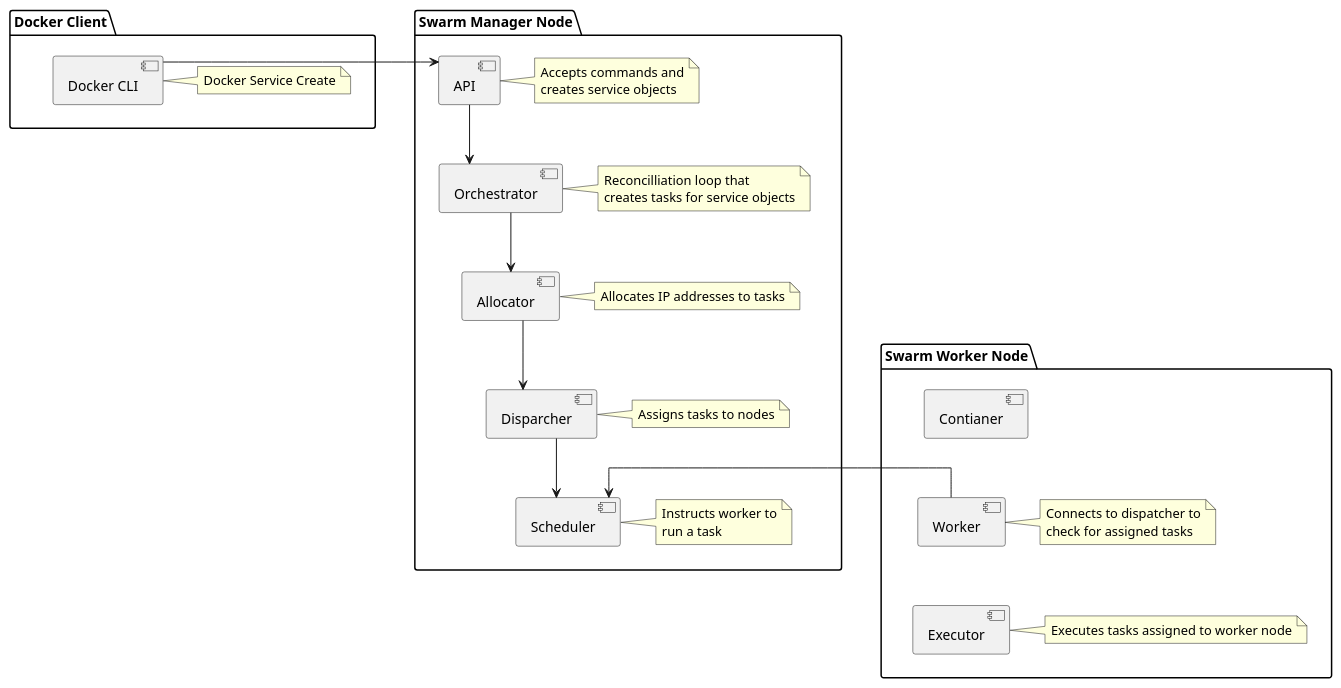
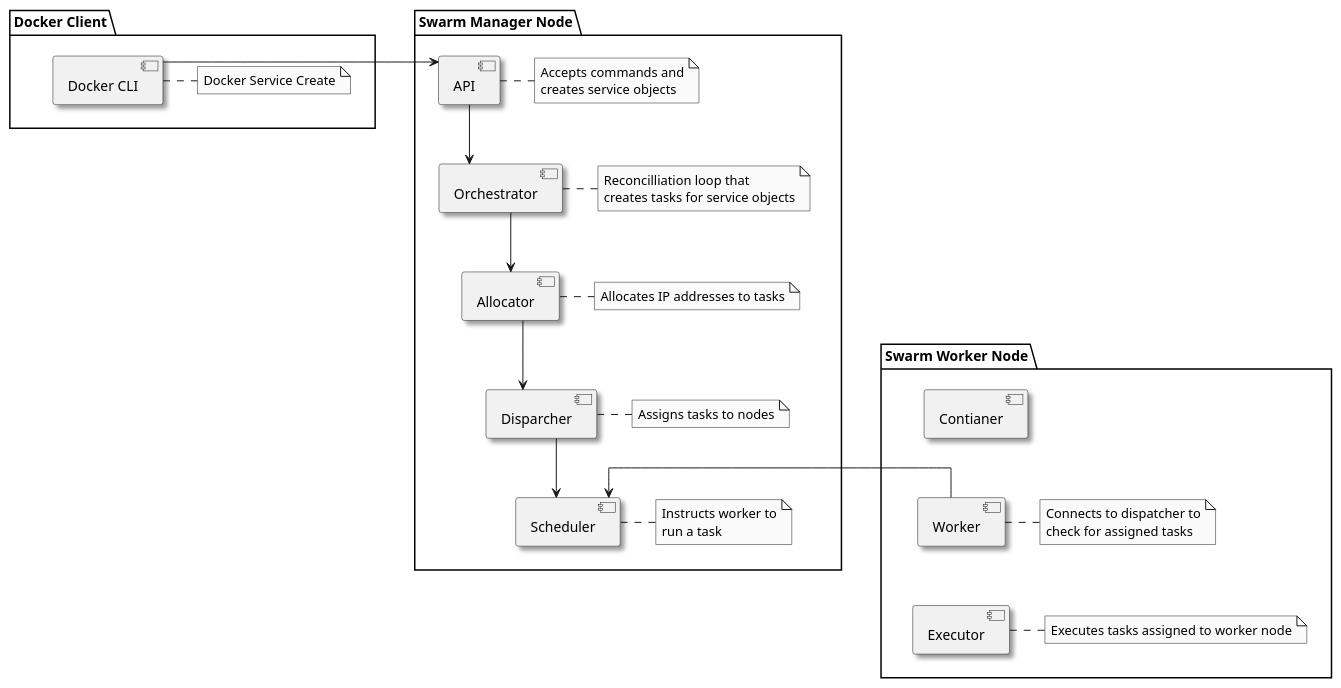
Before and after one commit to Piotr1215/cloudrumble: the diagram in diagrams/docker-swarm-architecture.puml, drawn with PlantUML. The commit also changed 6 other files, not shown here.

Commit message:
streamlined diagrams styles

```diff
--- a/diagrams/docker-swarm-architecture.puml
+++ b/diagrams/docker-swarm-architecture.puml
@@ -1,71 +1,76 @@
 @startuml Docker Swarm Architecture
+skinparam monochrome true
+skinparam style strictuml
+skinparam componentShadowing true
+skinparam rectangleRoundCorner 35
+skinparam rectangleBorderStyle dashed
 skinparam linetype ortho
 
 '------'
 'SETUP '
 '------'
 
 package "Docker Client" as client {
     component "Docker CLI" as cli
     note right
         Docker Service Create
     end note
 }
 
 package "Swarm Manager Node" as manager{
     component API as api
     note right
         Accepts commands and
         creates service objects
     end note
     component Orchestrator as orch
     note right
         Reconcilliation loop that
         creates tasks for service objects
     end note
     component Allocator as all
     note right
         Allocates IP addresses to tasks
     end note
     component Disparcher as disp
     note right
         Assigns tasks to nodes
     end note
     component Scheduler as sched
     note right
         Instructs worker to
         run a task
     end note
 }
 
 package "Swarm Worker Node" as worker {
     component Worker as work
     note right
         Connects to dispatcher to
         check for assigned tasks
     end note
     component Executor as exec
     note right
         Executes tasks assigned to worker node
     end note
     component Contianer as cont
 }
 
 '----------'
 'RELATIONS '
 '----------'
 
 client -[hidden]r- manager
 manager -[hidden]r- worker
 
 cli -> api
 work -> sched
 
 api --> orch
 orch --> all
 all --> disp
 disp --> sched
 
 cont -[hidden]-> work
 work -[hidden]-> exec
 @enduml
```
